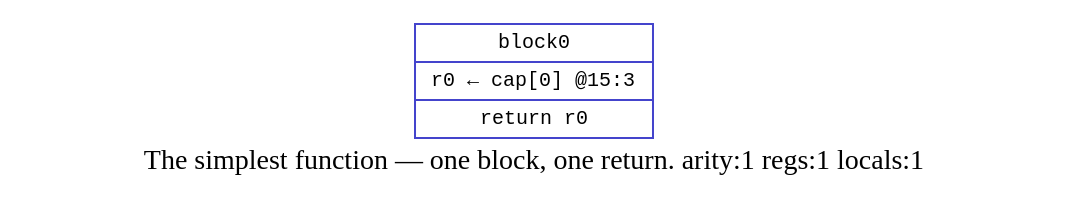
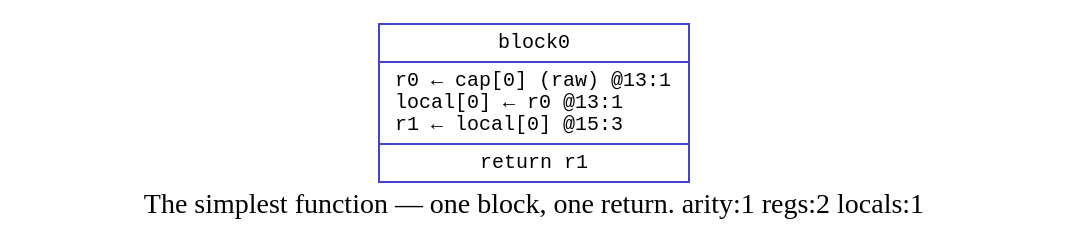
Before and after one commit to elle-lisp/elle: the diagram in demos/cfgviz/identity.dot, drawn with Graphviz. The commit also changed 362 other files, not shown here.

```diff
--- a/demos/cfgviz/identity.dot
+++ b/demos/cfgviz/identity.dot
@@ -1,5 +1,5 @@
 digraph {
-  label="The simplest function — one block, one return. arity:1 regs:1 locals:1";
+  label="The simplest function — one block, one return. arity:1 regs:2 locals:1";
   node [shape=record fontname="monospace" fontsize=10];
-  block0 [color="#4444cc" label="{block0|r0 ← cap[0] @15:3\l|return r0}"];
+  block0 [color="#4444cc" label="{block0|r0 ← cap[0] (raw) @13:1\llocal[0] ← r0 @13:1\lr1 ← local[0] @15:3\l|return r1}"];
 }
```
